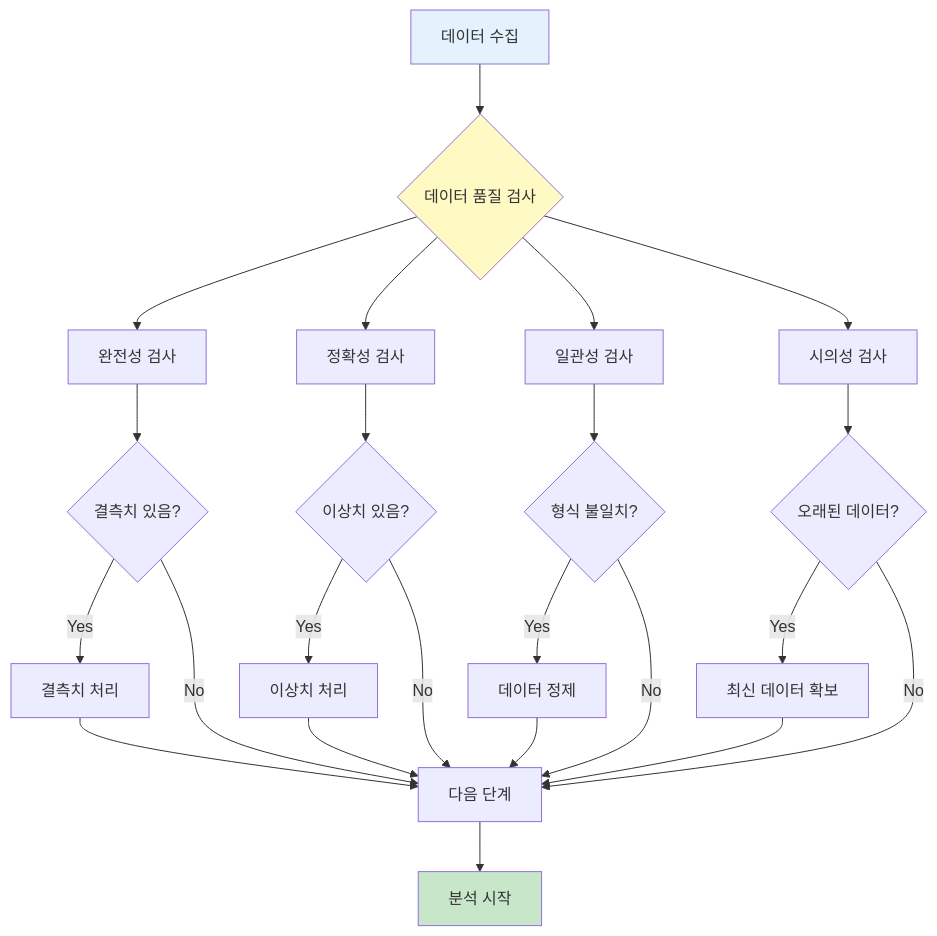
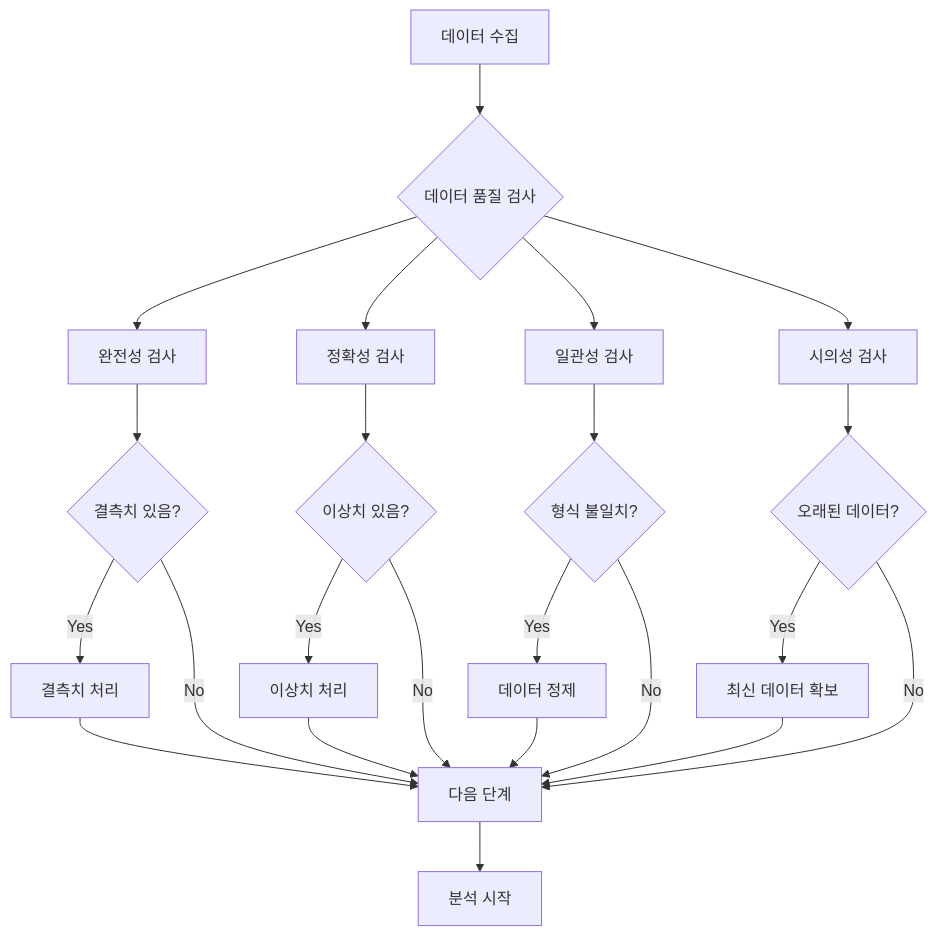
One commit to nugurejeil/weniVooks changed the fifth of 7 diagrams in _md/genai-notion/chapter04/04-2.md. Above: the diagram before and after it, drawn with Mermaid. The commit also changed other lines of this file and 187 other files, not shown here.

````diff
--- a/_md/genai-notion/chapter04/04-2.md
+++ b/_md/genai-notion/chapter04/04-2.md
@@ -265,36 +264,32 @@
 ```mermaid
 graph TD
     A[데이터 수집] --> B{데이터 품질 검사}
 
     B --> C[완전성 검사]
     B --> D[정확성 검사]
     B --> E[일관성 검사]
     B --> F[시의성 검사]
 
     C --> G{결측치 있음?}
     G -->|Yes| H[결측치 처리]
     G -->|No| I[다음 단계]
 
     D --> J{이상치 있음?}
     J -->|Yes| K[이상치 처리]
     J -->|No| I
 
     E --> L{형식 불일치?}
     L -->|Yes| M[데이터 정제]
     L -->|No| I
 
     F --> N{오래된 데이터?}
     N -->|Yes| O[최신 데이터 확보]
     N -->|No| I
 
     H --> I
     K --> I
     M --> I
     O --> I
 
-    I --> P[분석 시작]
-
-    style A fill:#E3F2FD
-    style P fill:#C8E6C9
-    style B fill:#FFF9C4
+    I --> P["분석 시작"]
 ```
````
